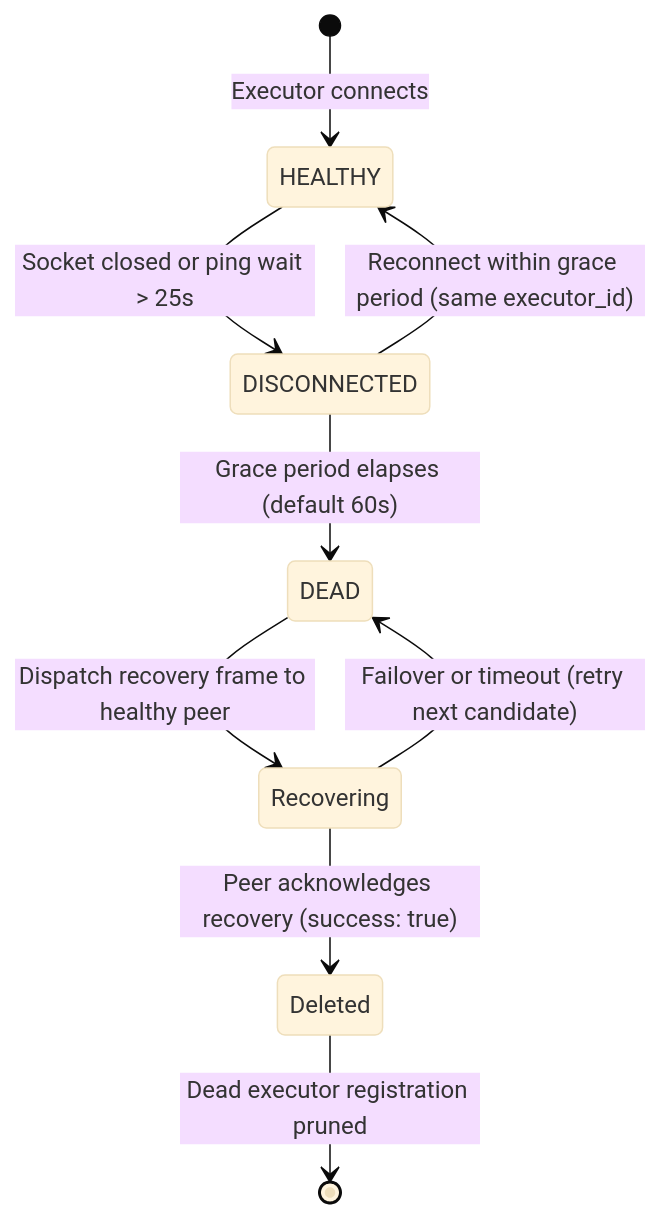
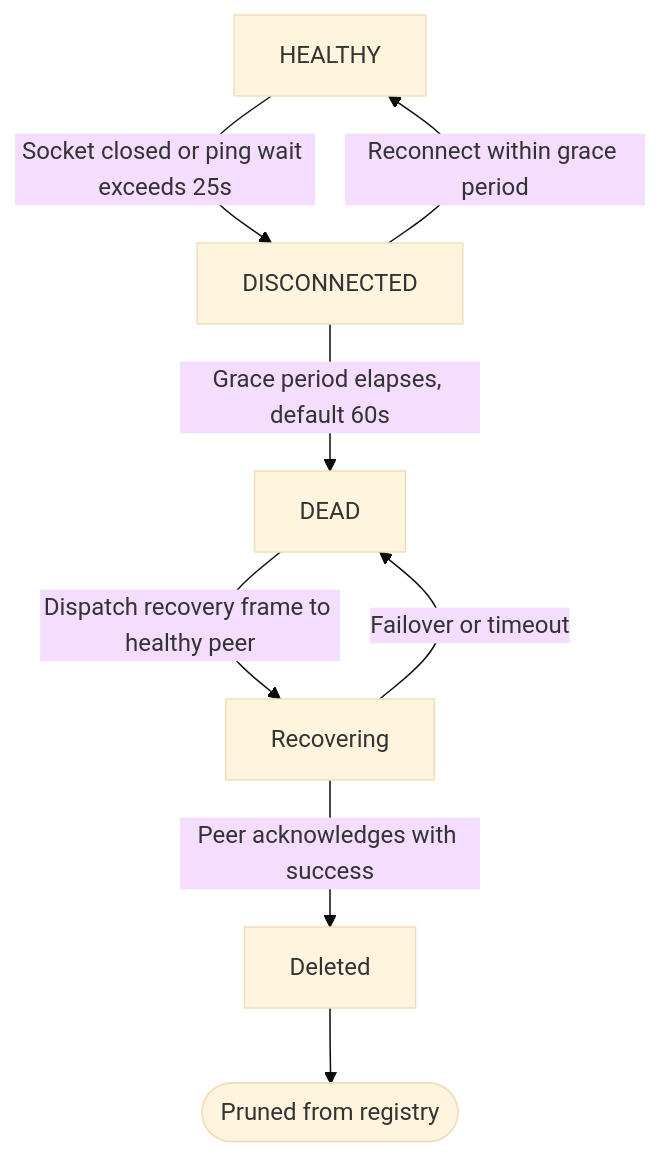
The diagram in docs/architecture/recovery.md (abn/dbos-relay), drawn with Mermaid (base theme) before and after one commit. The commit also changed 4 other files, not shown here.

Commit message:
feat(site): collapsible docs sidebar and dynamic mermaid rendering

````diff
--- a/docs/architecture/recovery.md
+++ b/docs/architecture/recovery.md
@@ -26,11 +26,10 @@
 ```mermaid
-stateDiagram-v2
-    [*] --> HEALTHY: Executor connects
-    HEALTHY --> DISCONNECTED: Socket closed or ping wait > 25s
-    DISCONNECTED --> HEALTHY: Reconnect within grace period (same executor_id)
-    DISCONNECTED --> DEAD: Grace period elapses (default 60s)
-    DEAD --> Recovering: Dispatch recovery frame to healthy peer
-    Recovering --> Deleted: Peer acknowledges recovery (success: true)
-    Recovering --> DEAD: Failover or timeout (retry next candidate)
-    Deleted --> [*]: Dead executor registration pruned
+flowchart TD
+    HEALTHY["HEALTHY"] -->|Socket closed or ping wait exceeds 25s| DISCONNECTED["DISCONNECTED"]
+    DISCONNECTED -->|Reconnect within grace period| HEALTHY
+    DISCONNECTED -->|Grace period elapses, default 60s| DEAD["DEAD"]
+    DEAD -->|Dispatch recovery frame to healthy peer| RECOVERING["Recovering"]
+    RECOVERING -->|Peer acknowledges with success| DELETED["Deleted"]
+    RECOVERING -->|Failover or timeout| DEAD
+    DELETED --> PRUNED(["Pruned from registry"])
 ```
````
